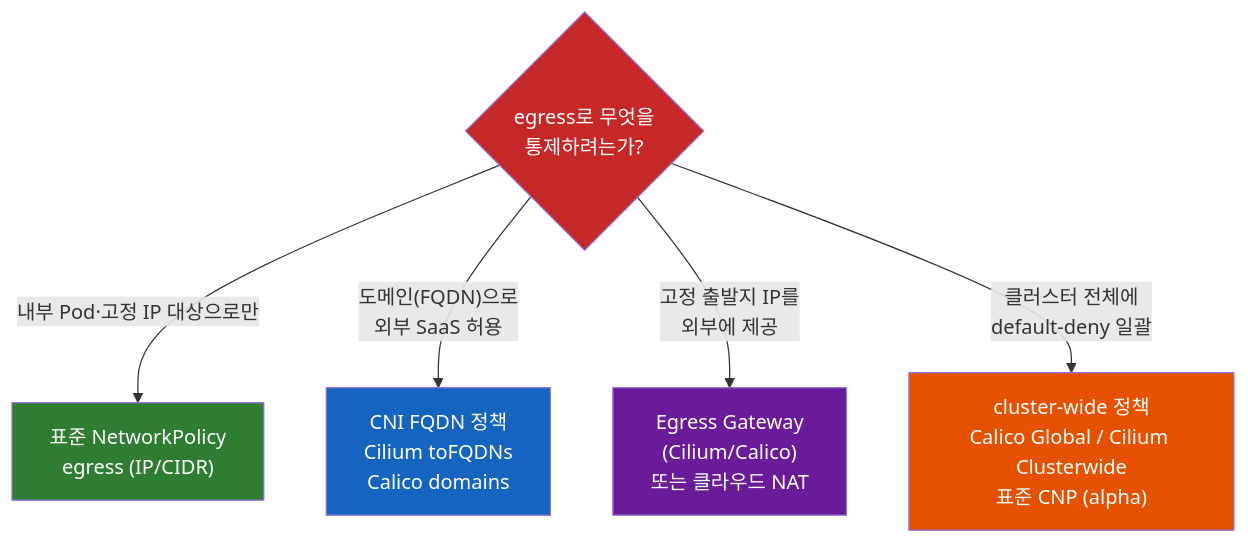
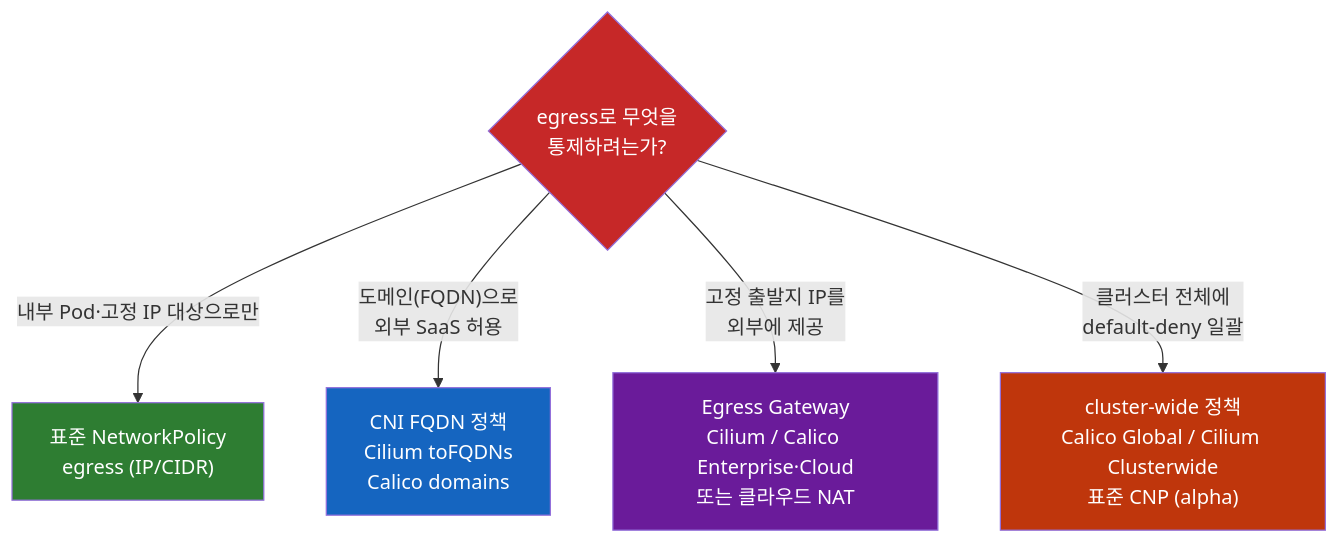
Before and after one commit to sskim91/TIL: the third of 3 diagrams in kubernetes/Kubernetes-Egress-NetworkPolicy.md, drawn with Mermaid. The commit also changed other lines of this file and 39 other files, not shown here.

````diff
--- a/kubernetes/Kubernetes-Egress-NetworkPolicy.md
+++ b/kubernetes/Kubernetes-Egress-NetworkPolicy.md
@@ -325,14 +340,14 @@
 ```mermaid
 flowchart TD
     q0{"egress로 무엇을<br>통제하려는가?"}
     q0 -->|"내부 Pod·고정 IP 대상으로만"| a1["표준 NetworkPolicy<br>egress (IP/CIDR)"]
     q0 -->|"도메인(FQDN)으로<br>외부 SaaS 허용"| a2["CNI FQDN 정책<br>Cilium toFQDNs<br>Calico domains"]
-    q0 -->|"고정 출발지 IP를<br>외부에 제공"| a3["Egress Gateway<br>(Cilium/Calico)<br>또는 클라우드 NAT"]
+    q0 -->|"고정 출발지 IP를<br>외부에 제공"| a3["Egress Gateway<br>Cilium / Calico Enterprise·Cloud<br>또는 클라우드 NAT"]
     q0 -->|"클러스터 전체에<br>default-deny 일괄"| a4["cluster-wide 정책<br>Calico Global / Cilium Clusterwide<br>표준 CNP (alpha)"]
 
     style q0 fill:#C62828,color:#fff
     style a1 fill:#2E7D32,color:#fff
     style a2 fill:#1565C0,color:#fff
     style a3 fill:#6A1B9A,color:#fff
-    style a4 fill:#E65100,color:#fff
+    style a4 fill:#BF360C,color:#fff
 ```
````
